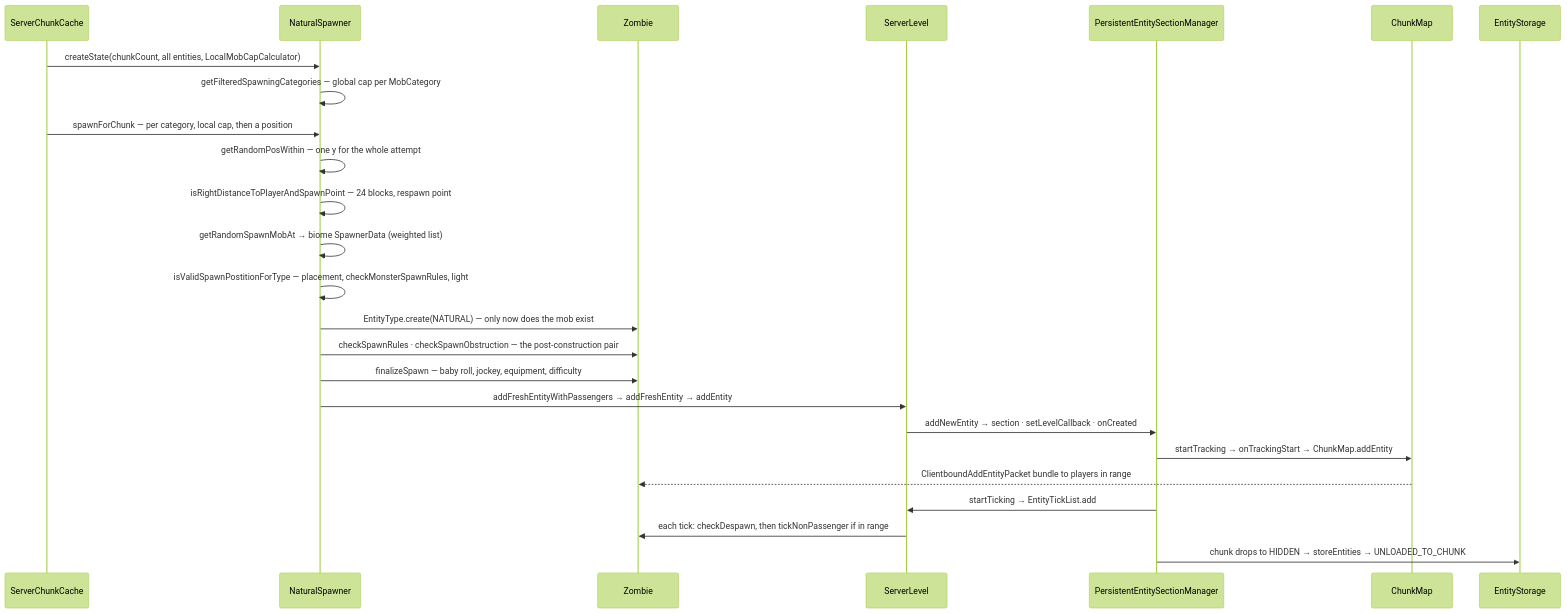
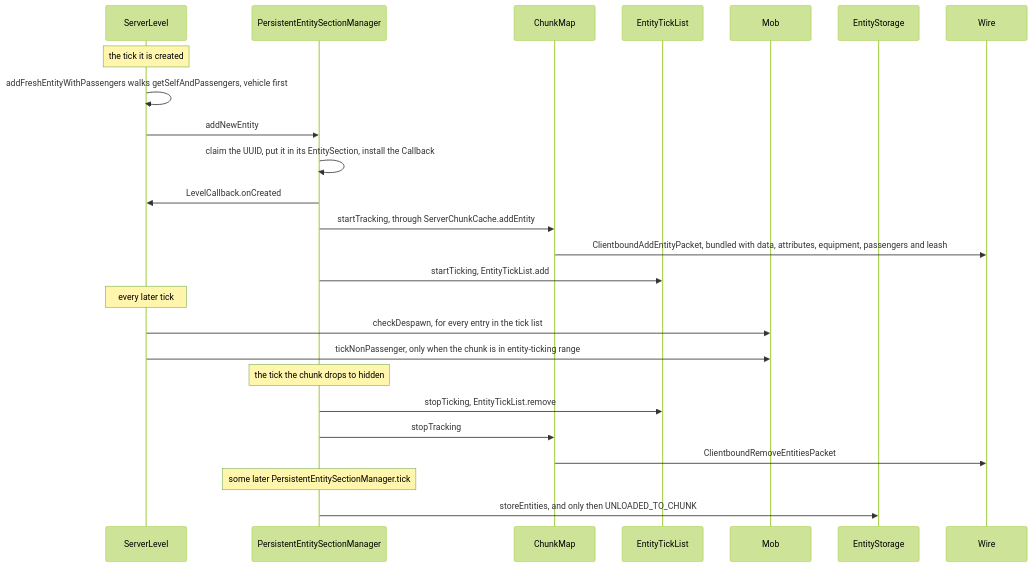
The second of 3 diagrams in src/systems/entities/entity-lifecycle.md (AlexanderjFraser/MinecraftDocs), drawn with Mermaid (forest theme) before and after one commit. The commit also changed other lines of this file and 22 other files, not shown here.

````diff
--- a/src/systems/entities/entity-lifecycle.md
+++ b/src/systems/entities/entity-lifecycle.md
@@ -97,28 +186,28 @@
 ```mermaid
 sequenceDiagram
-    participant SC as ServerChunkCache
-    participant NS as NaturalSpawner
-    participant Z as Zombie
     participant SL as ServerLevel
-    participant PM as PersistentEntitySectionManager
+    participant PESM as PersistentEntitySectionManager
     participant CM as ChunkMap
+    participant ETL as EntityTickList
+    participant Mob as Mob
     participant ES as EntityStorage
+    participant Wire as Wire
 
-    SC->>NS: createState(chunkCount, all entities, LocalMobCapCalculator)
-    NS->>NS: getFilteredSpawningCategories — global cap per MobCategory
-    SC->>NS: spawnForChunk — per category, local cap, then a position
-    NS->>NS: getRandomPosWithin — one y for the whole attempt
-    NS->>NS: isRightDistanceToPlayerAndSpawnPoint — 24 blocks, respawn point
-    NS->>NS: getRandomSpawnMobAt → biome SpawnerData (weighted list)
-    NS->>NS: isValidSpawnPostitionForType — placement, checkMonsterSpawnRules, light
-    NS->>Z: EntityType.create(NATURAL) — only now does the mob exist
-    NS->>Z: checkSpawnRules · checkSpawnObstruction — the post-construction pair
-    NS->>Z: finalizeSpawn — baby roll, jockey, equipment, difficulty
-    NS->>SL: addFreshEntityWithPassengers → addFreshEntity → addEntity
-    SL->>PM: addNewEntity → section · setLevelCallback · onCreated
-    PM->>CM: startTracking → onTrackingStart → ChunkMap.addEntity
-    CM-->>Z: ClientboundAddEntityPacket bundle to players in range
-    PM->>SL: startTicking → EntityTickList.add
-    SL->>Z: each tick: checkDespawn, then tickNonPassenger if in range
-    PM->>ES: chunk drops to HIDDEN → storeEntities → UNLOADED_TO_CHUNK
+    Note over SL: the tick it is created
+    SL->>SL: addFreshEntityWithPassengers walks getSelfAndPassengers, vehicle first
+    SL->>PESM: addNewEntity
+    PESM->>PESM: claim the UUID, put it in its EntitySection, install the Callback
+    PESM->>SL: LevelCallback.onCreated
+    PESM->>CM: startTracking, through ServerChunkCache.addEntity
+    CM->>Wire: ClientboundAddEntityPacket, bundled with data, attributes, equipment, passengers and leash
+    PESM->>ETL: startTicking, EntityTickList.add
+    Note over SL: every later tick
+    SL->>Mob: checkDespawn, for every entry in the tick list
+    SL->>Mob: tickNonPassenger, only when the chunk is in entity-ticking range
+    Note over PESM: the tick the chunk drops to hidden
+    PESM->>ETL: stopTicking, EntityTickList.remove
+    PESM->>CM: stopTracking
+    CM->>Wire: ClientboundRemoveEntitiesPacket
+    Note over PESM: some later PersistentEntitySectionManager.tick
+    PESM->>ES: storeEntities, and only then UNLOADED_TO_CHUNK
 ```
````
